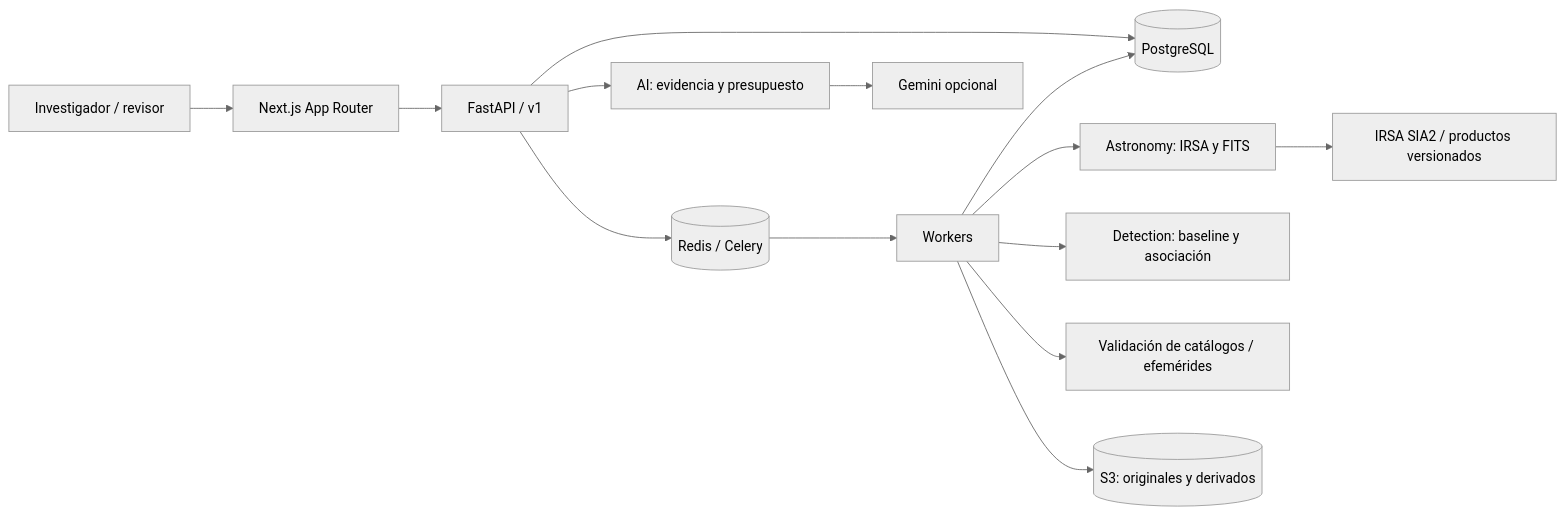
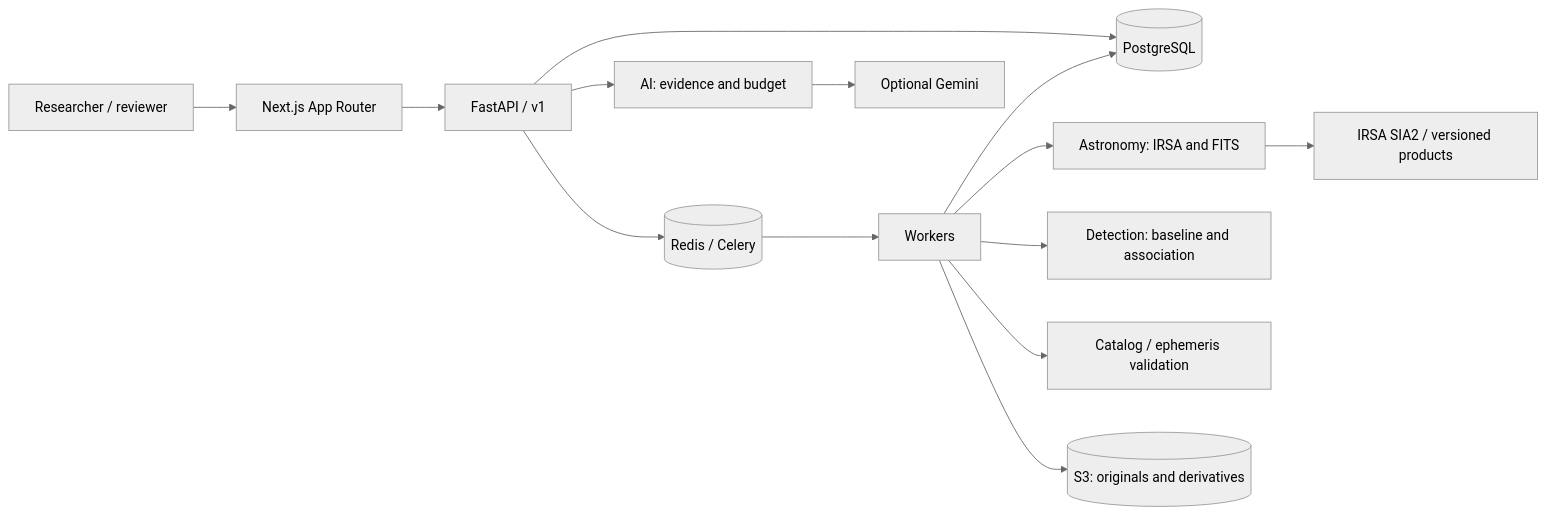
The diagram in docs/architecture.md (daer-1701/COSMIC-HUNTER-AI), drawn with Mermaid (neutral theme) before and after one commit. The commit also changed other lines of this file and 23 other files, not shown here.

````diff
--- a/docs/architecture.md
+++ b/docs/architecture.md
@@ -10,16 +10,16 @@
 ```mermaid
 flowchart LR
-  User[Investigador / revisor] --> Web[Next.js App Router]
+  User[Researcher / reviewer] --> Web[Next.js App Router]
   Web --> API[FastAPI / v1]
   API --> DB[(PostgreSQL)]
   API --> Queue[(Redis / Celery)]
   Queue --> Workers[Workers]
-  Workers --> Astro[Astronomy: IRSA y FITS]
-  Astro --> IRSA[IRSA SIA2 / productos versionados]
-  Workers --> Detect[Detection: baseline y asociación]
-  Workers --> Validate[Validación de catálogos / efemérides]
-  Workers --> Store[(S3: originales y derivados)]
+  Workers --> Astro[Astronomy: IRSA and FITS]
+  Astro --> IRSA[IRSA SIA2 / versioned products]
+  Workers --> Detect[Detection: baseline and association]
+  Workers --> Validate[Catalog / ephemeris validation]
+  Workers --> Store[(S3: originals and derivatives)]
   Workers --> DB
-  API --> AI[AI: evidencia y presupuesto]
-  AI --> Gemini[Gemini opcional]
+  API --> AI[AI: evidence and budget]
+  AI --> Gemini[Optional Gemini]
 ```
````
